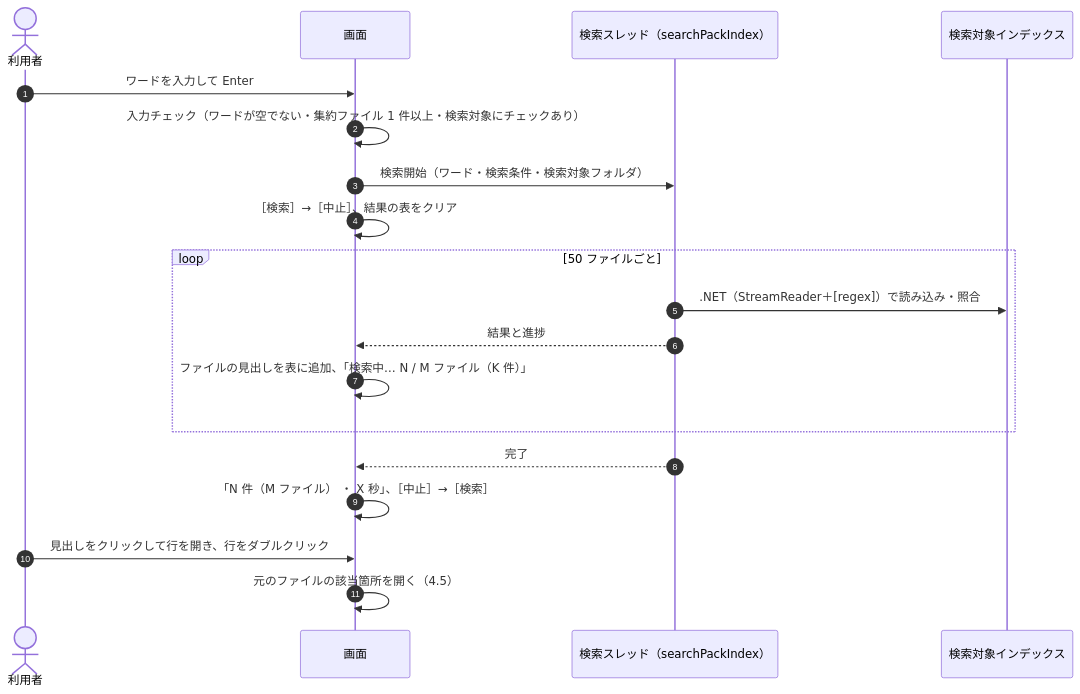
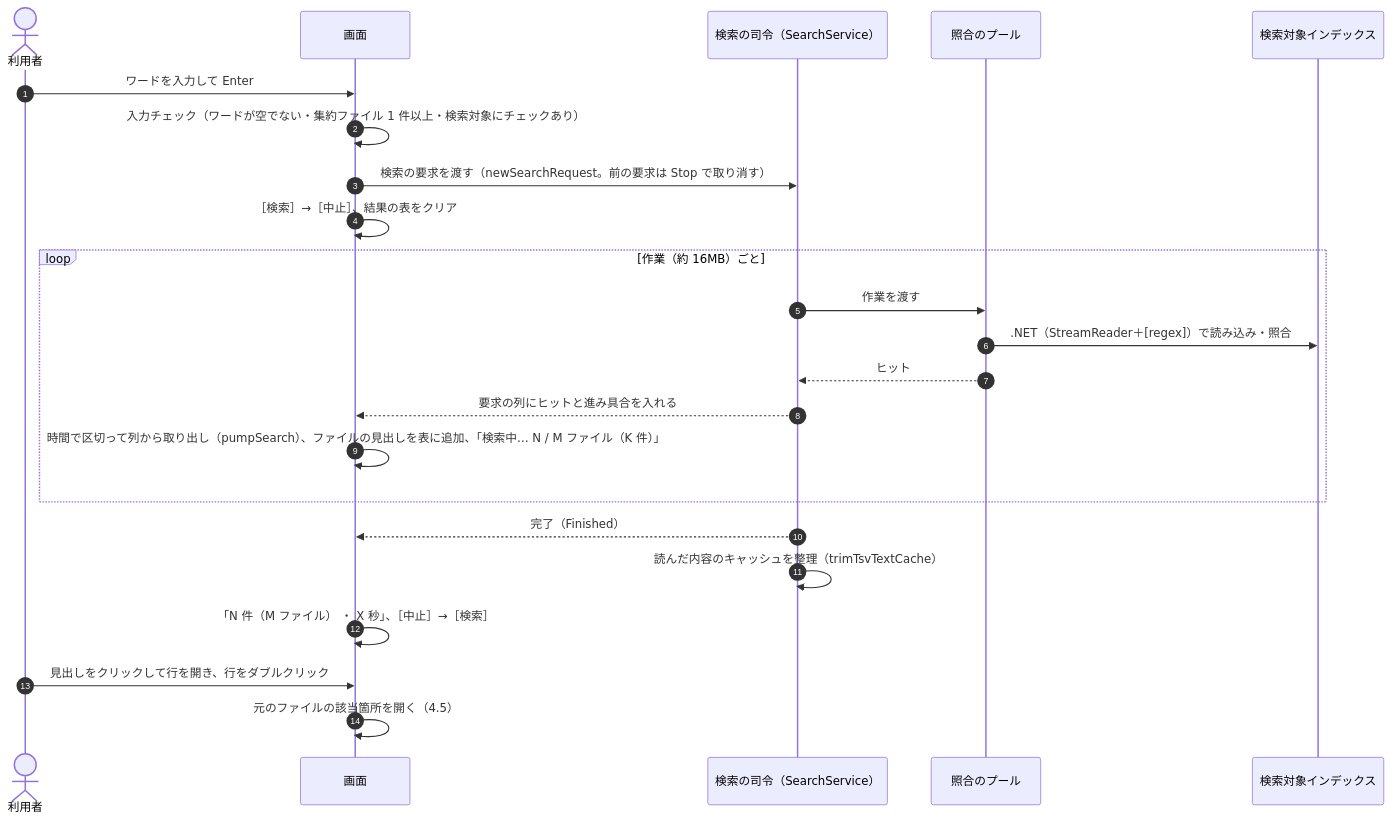
The second of 5 diagrams in docs/03_画面_4_状態と操作の流れ.md (hsgwa/tebunko), drawn with Mermaid before and after one commit. The commit also changed other lines of this file and 69 other files, not shown here.

````diff
--- a/docs/03_画面_4_状態と操作の流れ.md
+++ b/docs/03_画面_4_状態と操作の流れ.md
@@ -57,22 +57,26 @@
 ```mermaid
 sequenceDiagram
     autonumber
     actor U as 利用者
     participant G as 画面
-    participant S as 検索スレッド（searchPackIndex）
+    participant S as 検索の司令（SearchService）
+    participant P as 照合のプール
     participant I as 検索対象インデックス
 
     U->>G: ワードを入力して Enter
     G->>G: 入力チェック（ワードが空でない・集約ファイル 1 件以上・検索対象にチェックあり）
-    G->>S: 検索開始（ワード・検索条件・検索対象フォルダ）
+    G->>S: 検索の要求を渡す（newSearchRequest。前の要求は Stop で取り消す）
     G->>G: ［検索］→［中止］、結果の表をクリア
-    loop 50 ファイルごと
-        S->>I: .NET（StreamReader＋[regex]）で読み込み・照合
-        S-->>G: 結果と進捗
-        G->>G: ファイルの見出しを表に追加、「検索中… N / M ファイル（K 件）」
+    loop 作業（約 16MB）ごと
+        S->>P: 作業を渡す
+        P->>I: .NET（StreamReader＋[regex]）で読み込み・照合
+        P-->>S: ヒット
+        S-->>G: 要求の列にヒットと進み具合を入れる
+        G->>G: 時間で区切って列から取り出し（pumpSearch）、ファイルの見出しを表に追加、「検索中… N / M ファイル（K 件）」
     end
-    S-->>G: 完了
+    S-->>G: 完了（Finished）
+    S->>S: 読んだ内容のキャッシュを整理（trimTsvTextCache）
     G->>G: 「N 件（M ファイル） ・ X 秒」、［中止］→［検索］
     U->>G: 見出しをクリックして行を開き、行をダブルクリック
     G->>G: 元のファイルの該当箇所を開く（4.5）
 ```
````
